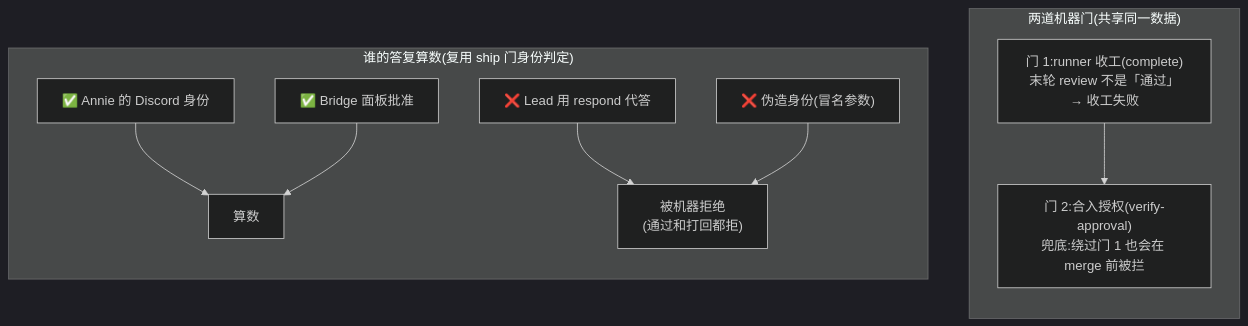
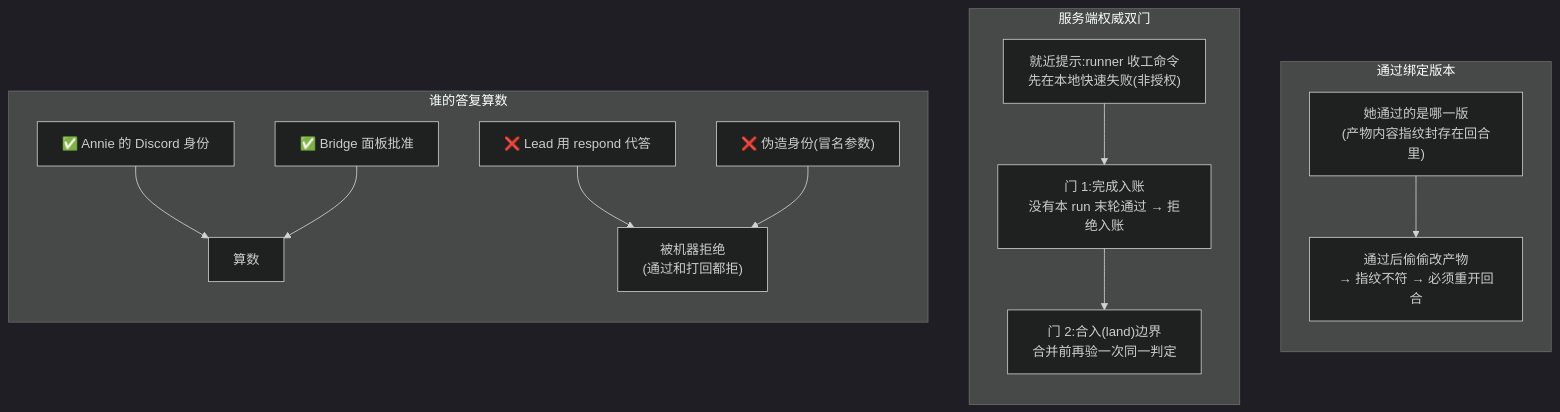
The diagram in engineering/doc/FLY-1758-founder-review-checkpoint/diagram-3-guards.mmd (xrliAnnie/flywheel-qa-sandbox), drawn with Mermaid (dark theme) before and after one commit. The commit also changed 3 other files, not shown here.

```diff
--- a/engineering/doc/FLY-1758-founder-review-checkpoint/diagram-3-guards.mmd
+++ b/engineering/doc/FLY-1758-founder-review-checkpoint/diagram-3-guards.mmd
@@ -1,17 +1,26 @@
 flowchart LR
-    subgraph WHO["谁的答复算数(复用 ship 门身份判定)"]
+    subgraph WHO["谁的答复算数"]
         direction TB
         F["✅ Annie 的 Discord 身份"] --> OK["算数"]
         BR["✅ Bridge 面板批准"] --> OK
         LD["❌ Lead 用 respond 代答"] --> NO["被机器拒绝<br/>(通过和打回都拒)"]
         FG["❌ 伪造身份(冒名参数)"] --> NO
     end
 
-    subgraph GATES["两道机器门(共享同一数据)"]
+    subgraph GATES["服务端权威双门"]
         direction TB
-        G1["门 1:runner 收工(complete)<br/>末轮 review 不是「通过」→ 收工失败"]
-        G2["门 2:合入授权(verify-approval)<br/>兜底:绕过门 1 也会在 merge 前被拦"]
-        G1 --> G2
+        G1["门 1:完成入账<br/>没有本 run 末轮通过 → 拒绝入账"]
+        G2["门 2:合入(land)边界<br/>合并前再验一次同一判定"]
+        G0["就近提示:runner 收工命令<br/>先在本地快速失败(非授权)"]
+        G0 --> G1 --> G2
+    end
+
+    subgraph BIND["通过绑定版本"]
+        direction TB
+        V1["她通过的是哪一版<br/>(产物内容指纹封存在回合里)"]
+        V2["通过后偷偷改产物<br/>→ 指纹不符 → 必须重开回合"]
+        V1 --> V2
     end
 
     WHO ~~~ GATES
+    GATES ~~~ BIND
```
